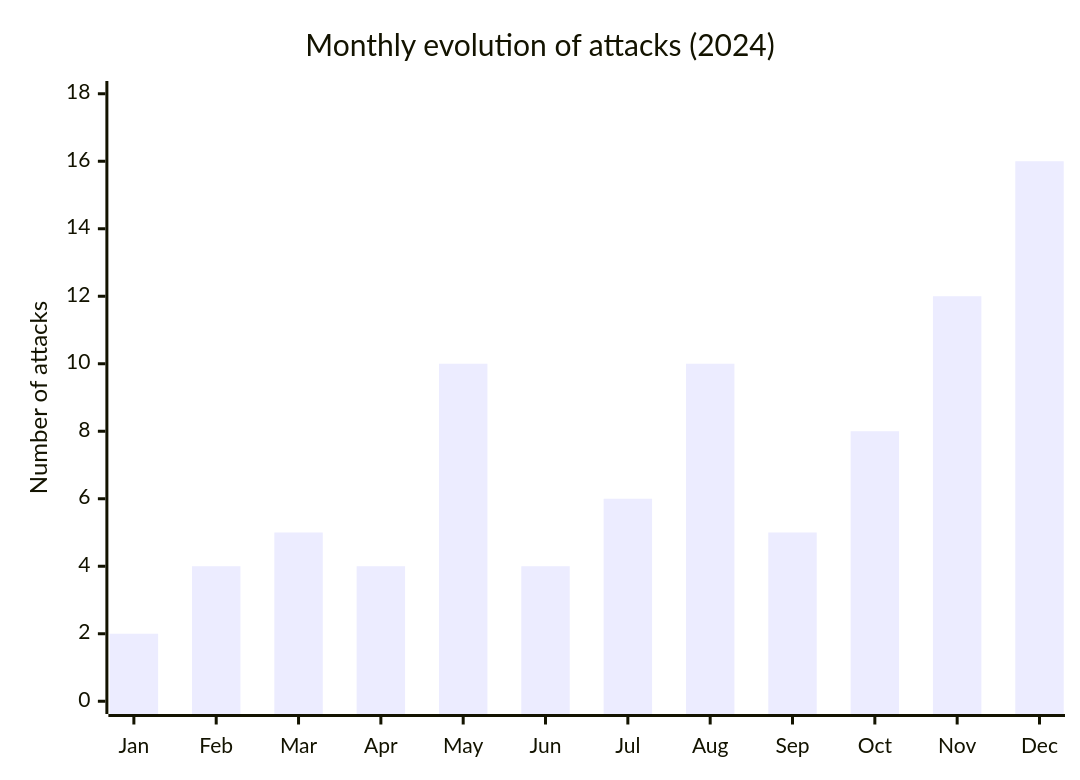
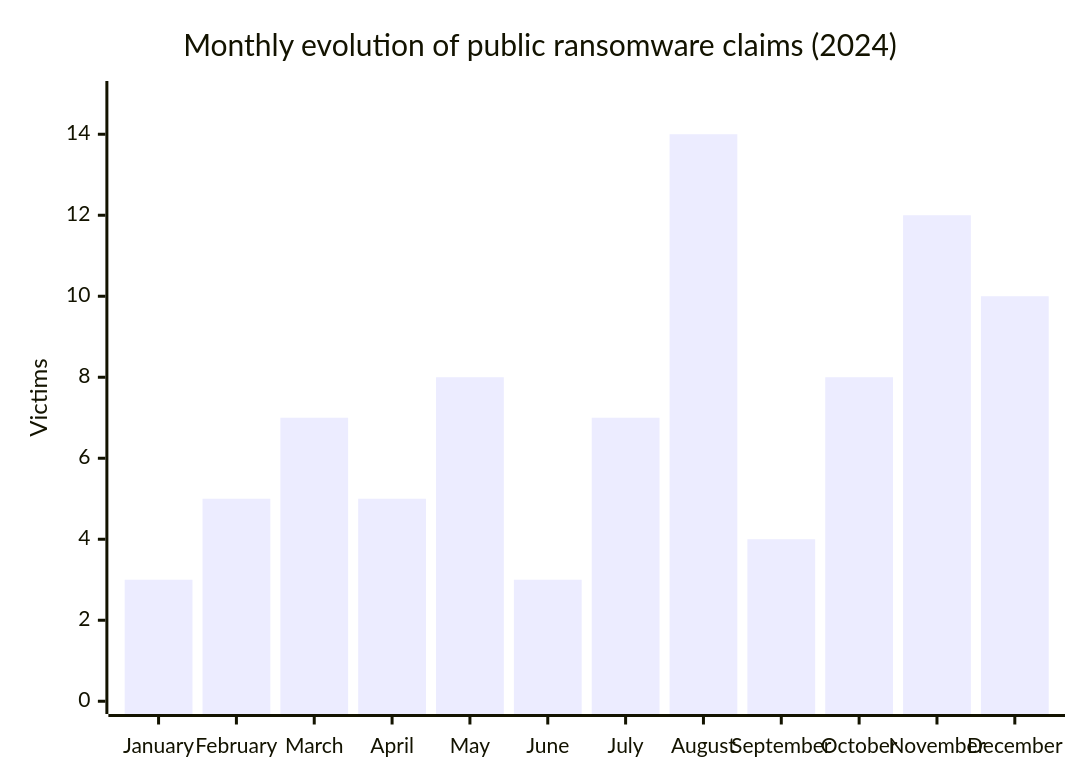
Before and after one commit to Hatchepsoute/AFRINTEL: the fifth of 5 diagrams in CyberAttackAfrica/2024/README.md, drawn with Mermaid. The commit also changed other lines of this file and 3 other files, not shown here.

````diff
--- a/CyberAttackAfrica/2024/README.md
+++ b/CyberAttackAfrica/2024/README.md
@@ -229,7 +247,7 @@
 ```mermaid
 xychart-beta
-    title "Monthly evolution of attacks (2024)"
-    x-axis ["Jan", "Feb", "Mar", "Apr", "May", "Jun", "Jul", "Aug", "Sep", "Oct", "Nov", "Dec"]
-    y-axis "Number of attacks" 0 --> 18
-    bar [2, 4, 5, 4, 10, 4, 6, 10, 5, 8, 12, 16]
+    title "Monthly evolution of public ransomware claims (2024)"
+    x-axis ["January", "February", "March", "April", "May", "June", "July", "August", "September", "October", "November", "December"]
+    y-axis "Victims" 0 --> 15
+    bar [3, 5, 7, 5, 8, 3, 7, 14, 4, 8, 12, 10]
 ```
````
